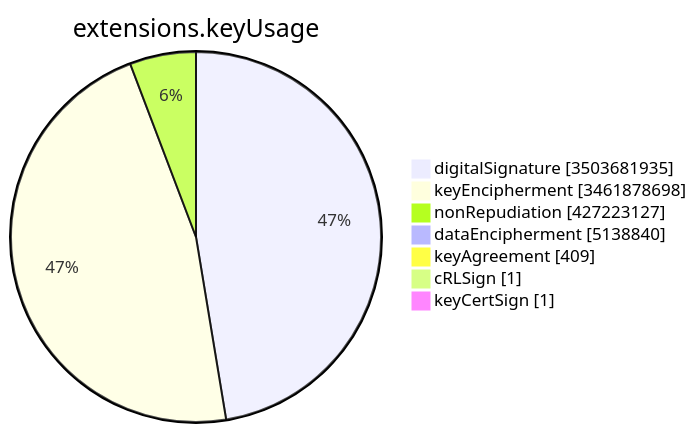
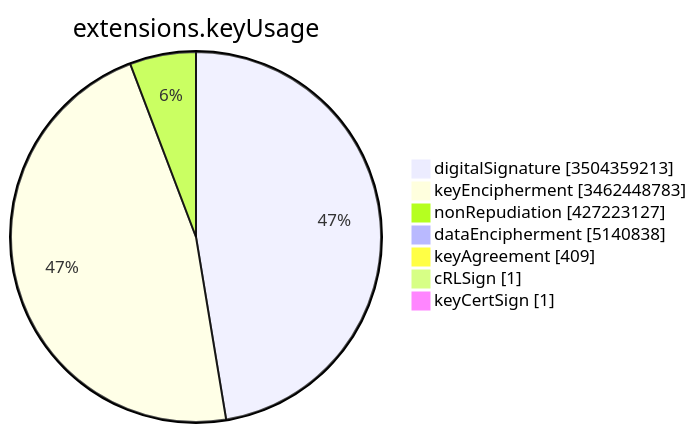
Before and after one commit to christiankrug/ctmonitor_visualization: the sixth of 15 diagrams in TOTAL/README.md, drawn with Mermaid. The commit also changed other lines of this file, not shown here.

````diff
--- a/TOTAL/README.md
+++ b/TOTAL/README.md
@@ -3083,11 +3083,11 @@
 ```mermaid
 pie showData
 title extensions.keyUsage
-"digitalSignature" :3503681935
-"keyEncipherment" :3461878698
+"digitalSignature" :3504359213
+"keyEncipherment" :3462448783
 "nonRepudiation" :427223127
-"dataEncipherment" :5138840
+"dataEncipherment" :5140838
 "keyAgreement" :409
 "cRLSign" :1
 "keyCertSign" :1
 ```
````
